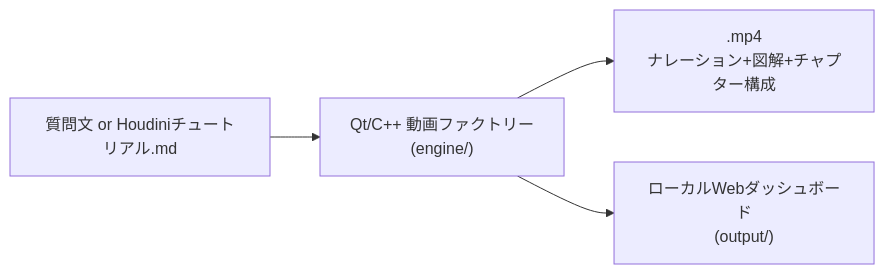
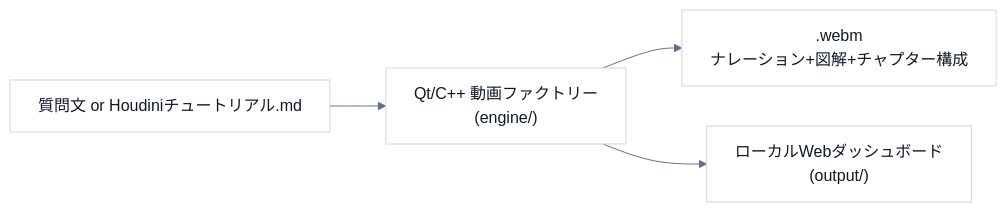
One commit to manato1201/RAGReel changed the diagram in README.md. Above: the diagram before and after it, drawn with Mermaid. The commit also changed other lines of this file and 24 other files, not shown here.

First line of the commit message:
図を 6 枚から 10 枚にし(生成の流れ・入力の分岐・エンジンの構成・output の中身)、README を入口として整理する

````diff
--- a/README.md
+++ b/README.md
@@ -11,6 +53,7 @@
 ```mermaid
+%%{init: {"theme":"base","fontFamily":"Noto Sans JP, Hiragino Sans, Meiryo, sans-serif","themeVariables":{"fontFamily":"Noto Sans JP, Hiragino Sans, Meiryo, sans-serif","primaryColor":"#ffffff","primaryBorderColor":"#d0d5dd","primaryTextColor":"#101828","lineColor":"#667085","clusterBkg":"#f2f4f7","clusterBorder":"#d0d5dd","edgeLabelBackground":"#ffffff"},"flowchart":{"wrappingWidth":480,"nodeSpacing":40,"rankSpacing":56,"padding":14},"sequence":{"mirrorActors":false,"wrap":false,"width":150,"actorMargin":30,"messageMargin":34}}}%%
 flowchart LR
     A["質問文 or Houdiniチュートリアル.md"] --> B["Qt/C++ 動画ファクトリー<br/>(engine/)"]
-    B --> C[".mp4<br/>ナレーション+図解+チャプター構成"]
+    B --> C[".webm<br/>ナレーション+図解+チャプター構成"]
     B --> D["ローカルWebダッシュボード<br/>(output/)"]
 ```
````
